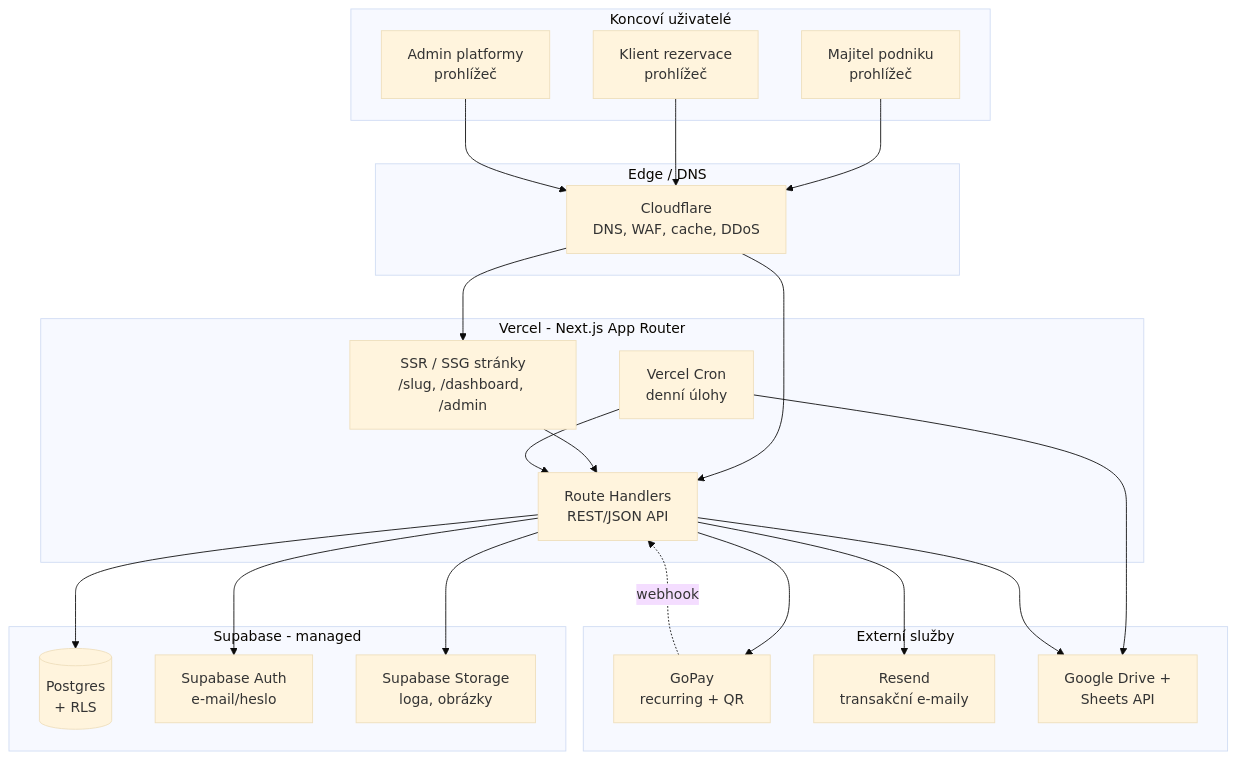
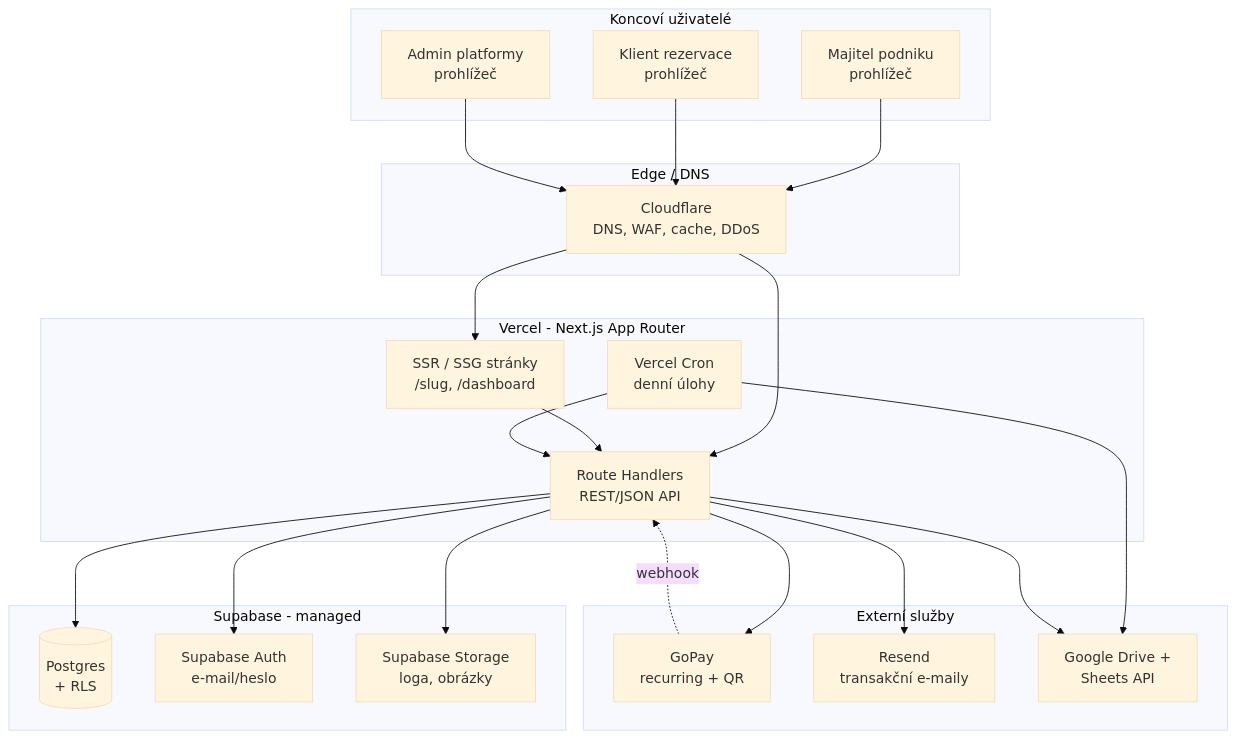
Before and after one commit to Pita-box/horea: the second of 8 diagrams in .kiro/specs/architecture/design.md, drawn with Mermaid (base theme). The commit also changed other lines of this file and 549 other files, not shown here.

````diff
--- a/.kiro/specs/architecture/design.md
+++ b/.kiro/specs/architecture/design.md
@@ -129,46 +129,46 @@
 ```mermaid
 flowchart TB
     subgraph Client["Koncoví uživatelé"]
         Owner[Majitel podniku<br/>prohlížeč]
         Customer[Klient rezervace<br/>prohlížeč]
         Admin[Admin platformy<br/>prohlížeč]
     end
 
     subgraph Edge["Edge / DNS"]
         CF[Cloudflare<br/>DNS, WAF, cache, DDoS]
     end
 
     subgraph Vercel["Vercel - Next.js App Router"]
-        Pages[SSR / SSG stránky<br/>/slug, /dashboard, /admin]
+        Pages[SSR / SSG stránky<br/>/slug, /dashboard]
         API[Route Handlers<br/>REST/JSON API]
         Cron[Vercel Cron<br/>denní úlohy]
     end
 
     subgraph Supabase["Supabase - managed"]
         PG[(Postgres<br/>+ RLS)]
         Auth[Supabase Auth<br/>e-mail/heslo]
         Storage[Supabase Storage<br/>loga, obrázky]
     end
 
     subgraph External["Externí služby"]
         GoPay[GoPay<br/>recurring + QR]
         Resend[Resend<br/>transakční e-maily]
         GDrive[Google Drive +<br/>Sheets API]
     end
 
     Owner --> CF
     Customer --> CF
     Admin --> CF
     CF --> Pages
     CF --> API
     Pages --> API
     API --> PG
     API --> Auth
     API --> Storage
     API --> GoPay
     API --> Resend
     Cron --> API
     Cron --> GDrive
     API --> GDrive
     GoPay -.webhook.-> API
 ```
````
